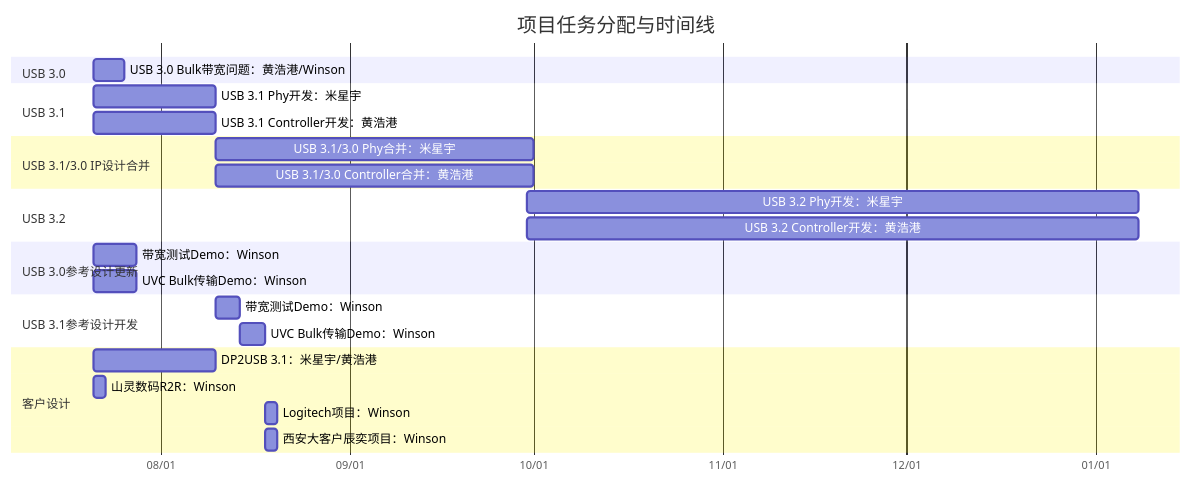
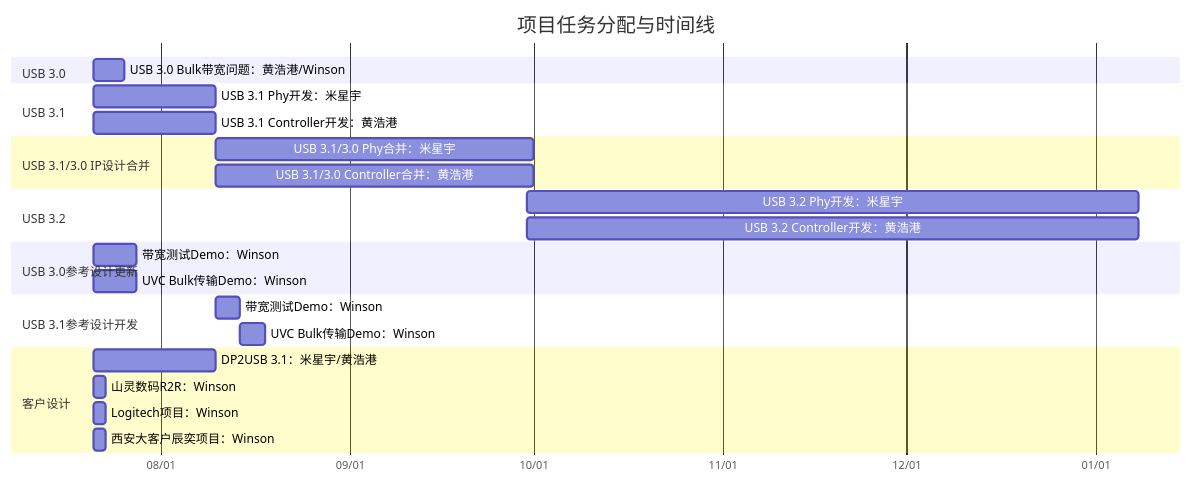
Before and after one commit to winsonbook/iodraw-files: the diagram in all/未命名.md, drawn with Mermaid.

Commit message:
2025-07-21 10:11:52 update

````diff
--- a/all/未命名.md
+++ b/all/未命名.md
@@ -1,35 +1,35 @@
 ```mermaid
 gantt
     title 项目任务分配与时间线
     dateFormat  YYYY-MM-DD
     axisFormat  %m/%d
 
     section USB 3.0
     USB 3.0 Bulk带宽问题：黄浩港/Winson   :    task1, 2025-07-21, 5d
 
     section USB 3.1
     USB 3.1 Phy开发：米星宇      :         task2, 2025-07-21, 20d
     USB 3.1 Controller开发：黄浩港      :  task3, 2025-07-21, 20d
 
     section USB 3.1/3.0 IP设计合并
     USB 3.1/3.0 Phy合并：米星宇       :    task4, 2025-08-10, 52d
     USB 3.1/3.0 Controller合并：黄浩港:    task5, 2025-08-10, 52d
 
     section USB 3.2
     USB 3.2 Phy开发：米星宇      :         task2, 2025-09-30, 100d
     USB 3.2 Controller开发：黄浩港      :  task3, 2025-09-30, 100d
 
     section USB 3.0参考设计更新
     带宽测试Demo：Winson       :         task6, 2025-07-21, 7d
     UVC Bulk传输Demo：Winson   :        task7, 2025-07-21, 7d
 
     section USB 3.1参考设计开发
     带宽测试Demo：Winson       :         task8, 2025-08-10, 4d
     UVC Bulk传输Demo：Winson   :         task9, 2025-08-14, 4d
 
     section 客户设计
     DP2USB 3.1：米星宇/黄浩港      :task10, 2025-07-21, 20d
     山灵数码R2R：Winson :             task11, 2025-07-21, 2d
-    Logitech项目：Winson :            task12, 2025-08-18, 2d
-    西安大客户辰奕项目：Winson :       task13, 2025-08-18, 2d
+    Logitech项目：Winson :            task12, 2025-07-21, 2d
+    西安大客户辰奕项目：Winson :       task13, 2025-07-21, 2d
 ```
````
